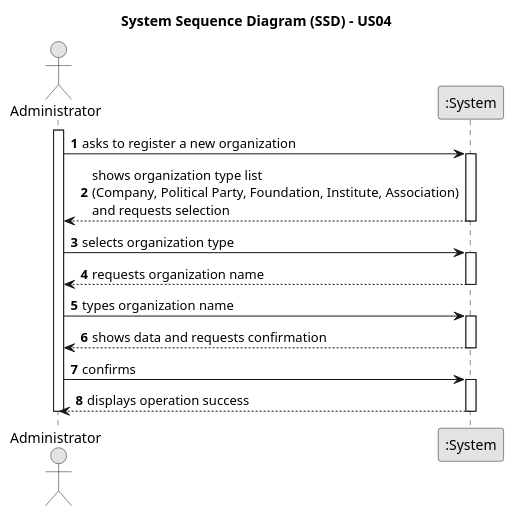
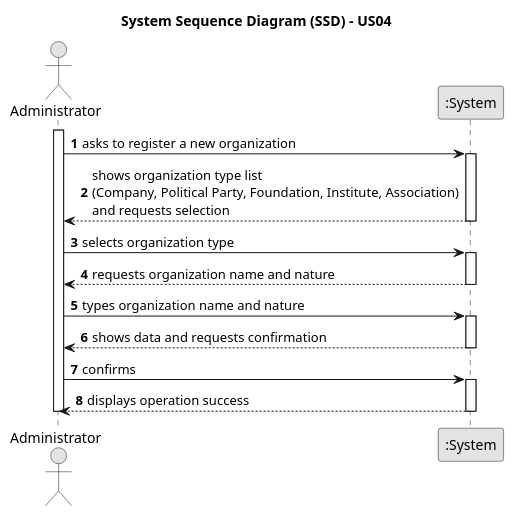
One commit to brunodspinto/crystal-clear-platform changed the diagram in docs/system-documentation/US04/01.requirements-engineering/puml/US04-SSD.puml. Above: the diagram before and after it, drawn with PlantUML. The commit also changed 2 other files, not shown here.

Commit message:
Update US04 diagrams #5

```diff
--- a/docs/system-documentation/US04/01.requirements-engineering/puml/US04-SSD.puml
+++ b/docs/system-documentation/US04/01.requirements-engineering/puml/US04-SSD.puml
@@ -1,37 +1,37 @@
 @startuml
 skinparam monochrome true
 skinparam packageStyle rectangle
 skinparam shadowing false
 
 title System Sequence Diagram (SSD) - US04
 
 autonumber
 
 actor "Administrator" as Admin
 participant ":System" as System
 
 activate Admin
 
 Admin -> System : asks to register a new organization
 activate System
 System --> Admin : shows organization type list\n(Company, Political Party, Foundation, Institute, Association)\nand requests selection
 deactivate System
 
 Admin -> System : selects organization type
 activate System
-System --> Admin : requests organization name
+System --> Admin : requests organization name and nature
 deactivate System
 
-Admin -> System : types organization name
+Admin -> System : types organization name and nature
 activate System
 System --> Admin : shows data and requests confirmation
 deactivate System
 
 Admin -> System : confirms
 activate System
 System --> Admin : displays operation success
 deactivate System
 
 deactivate Admin
 
 @enduml
```
